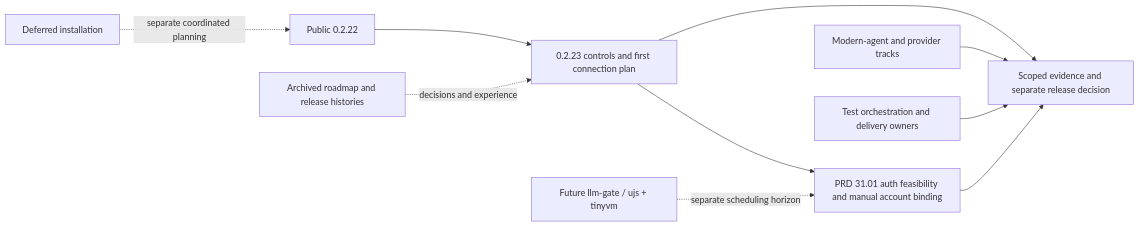
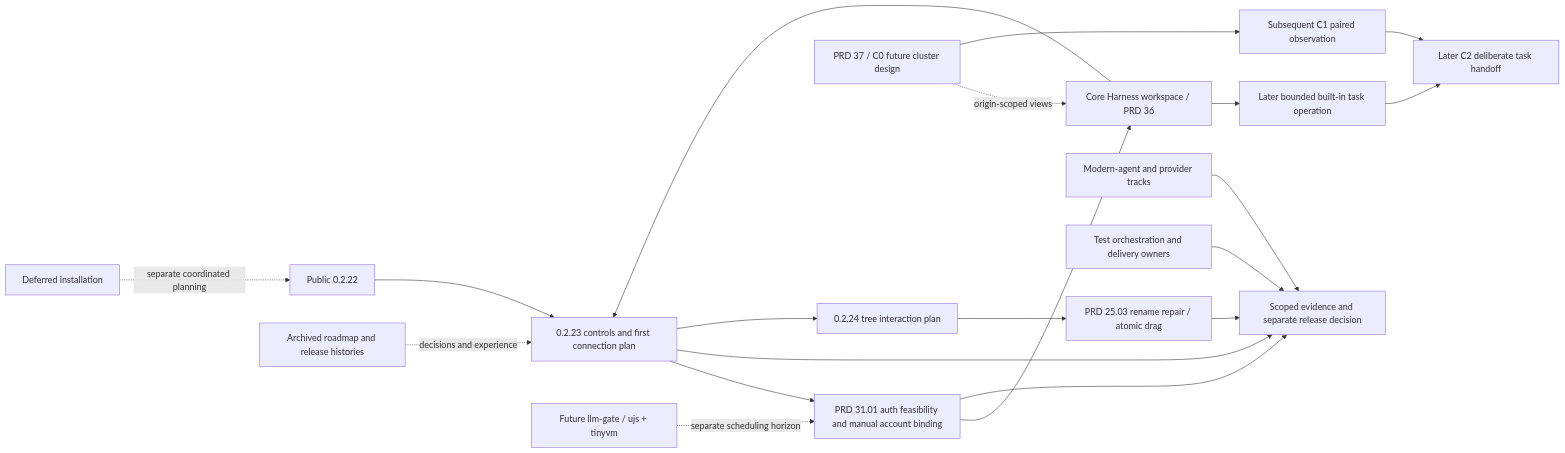
Before and after one commit to partnernetsoftware/minicon: the diagram in plan/plan-v0.2.x-product-roadmap.md, drawn with Mermaid. The commit also changed other lines of this file and 26 other files, not shown here.

Commit message:
feat: isolate gateway client profiles and plan workspace roadmap

````diff
--- a/plan/plan-v0.2.x-product-roadmap.md
+++ b/plan/plan-v0.2.x-product-roadmap.md
@@ -23,12 +33,22 @@
 ```mermaid
 flowchart LR
     B[Public 0.2.22] --> P[0.2.23 controls and first connection plan]
     P --> A[PRD 31.01 auth feasibility and manual account binding]
+    V[Core Harness workspace / PRD 36] --> P
+    A --> V
+    V --> L[Later bounded built-in task operation]
+    CL[PRD 37 / C0 future cluster design] -. origin-scoped views .-> V
+    CL --> CP[Subsequent C1 paired observation]
+    L --> CT[Later C2 deliberate task handoff]
+    CP --> CT
     A --> Q
     F[Future llm-gate / ujs + tinyvm] -. separate scheduling horizon .-> A
     P --> Q[Scoped evidence and separate release decision]
+    P --> NEXT[0.2.24 tree interaction plan]
+    NEXT --> TREE[PRD 25.03 rename repair / atomic drag]
+    TREE --> Q
     T[Modern-agent and provider tracks] --> Q
     O[Test orchestration and delivery owners] --> Q
     H[Archived roadmap and release histories] -. decisions and experience .-> P
     I[Deferred installation] -. separate coordinated planning .-> B
 ```
````
